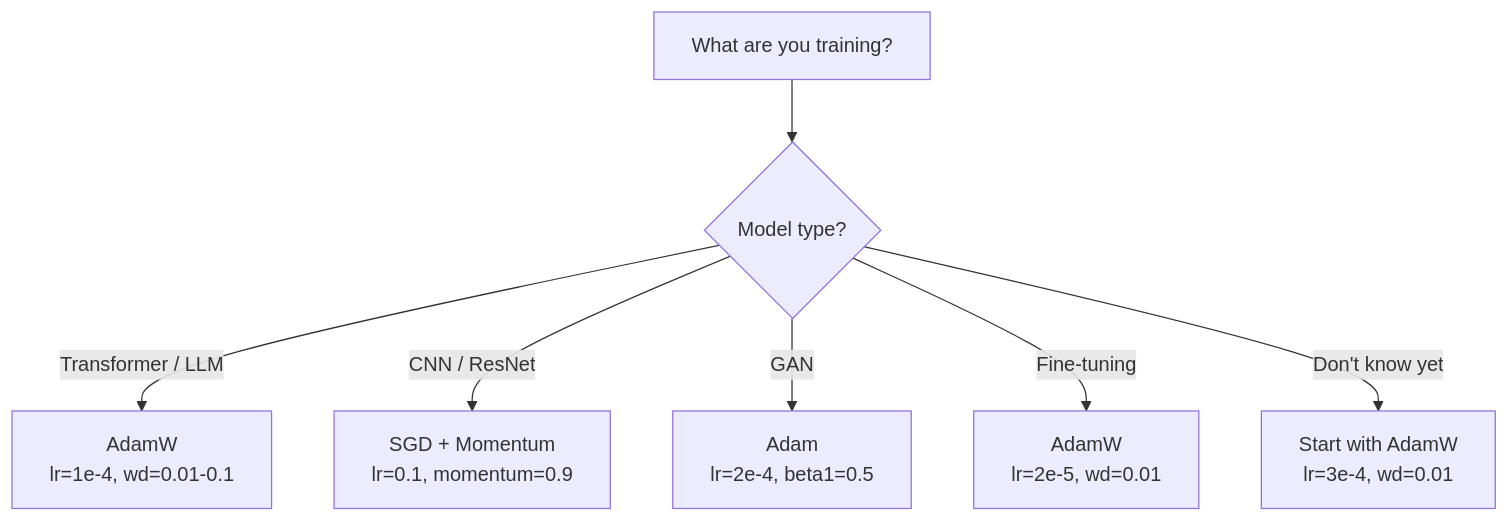
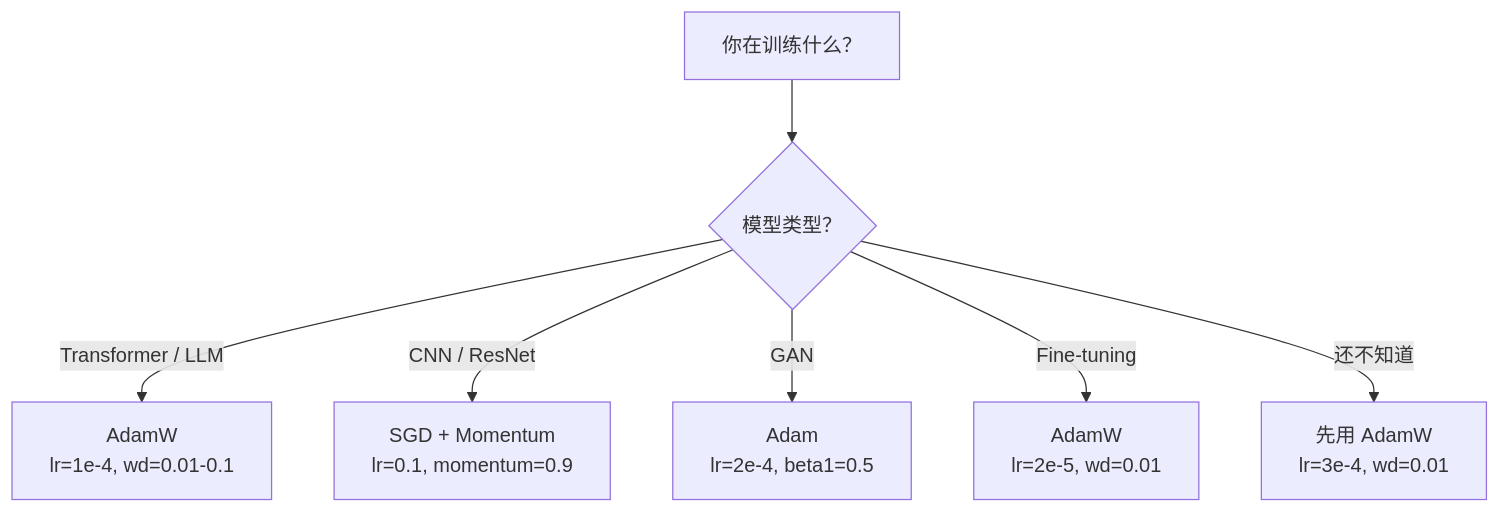
The third of 3 diagrams in phases/03-deep-learning-core/06-optimizers/docs/zh.md (omigaZen/ai-engineering-from-scratch), drawn with Mermaid before and after one commit. The commit also changed other lines of this file, not shown here.

````diff
--- a/phases/03-deep-learning-core/06-optimizers/docs/zh.md
+++ b/phases/03-deep-learning-core/06-optimizers/docs/zh.md
@@ -150,10 +156,10 @@
 ```mermaid
 flowchart TD
-    Task["What are you training?"] --> Type{"Model type?"}
+    Task["你在训练什么？"] --> Type{"模型类型？"}
 
     Type -->|"Transformer / LLM"| AdamW["AdamW<br/>lr=1e-4, wd=0.01-0.1"]
     Type -->|"CNN / ResNet"| SGD_M["SGD + Momentum<br/>lr=0.1, momentum=0.9"]
     Type -->|"GAN"| Adam2["Adam<br/>lr=2e-4, beta1=0.5"]
     Type -->|"Fine-tuning"| AdamW2["AdamW<br/>lr=2e-5, wd=0.01"]
-    Type -->|"Don't know yet"| Default["Start with AdamW<br/>lr=3e-4, wd=0.01"]
+    Type -->|"还不知道"| Default["先用 AdamW<br/>lr=3e-4, wd=0.01"]
 ```
````
